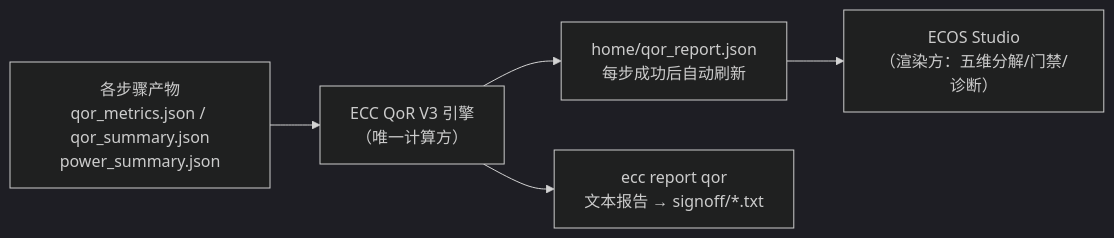
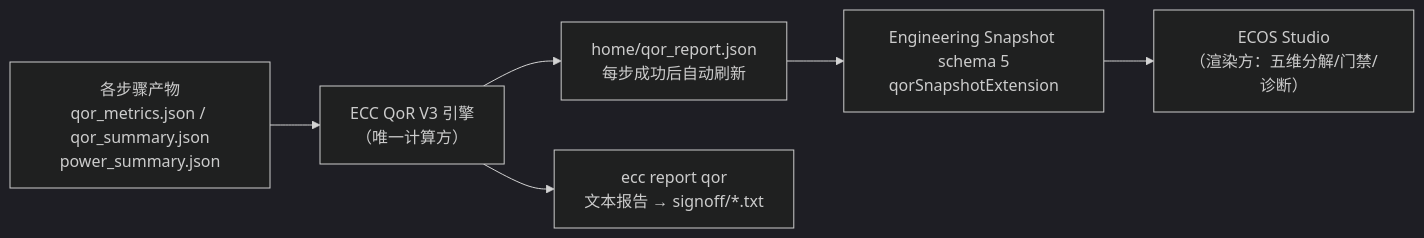
Before and after one commit to openecos-projects/ecc: the diagram in chipcompiler/docs/ecc-qor-ref.cn.md, drawn with Mermaid (dark theme). The commit also changed other lines of this file and 21 other files, not shown here.

Commit message:
refactor(snapshot): project bounded QOR data

````diff
--- a/chipcompiler/docs/ecc-qor-ref.cn.md
+++ b/chipcompiler/docs/ecc-qor-ref.cn.md
@@ -11,7 +14,8 @@
 ```mermaid
 graph LR
     A["各步骤产物<br/>qor_metrics.json / qor_summary.json<br/>power_summary.json"] --> B["ECC QoR V3 引擎<br/>（唯一计算方）"]
     B --> C["home/qor_report.json<br/>每步成功后自动刷新"]
-    C --> D["ECOS Studio<br/>（渲染方：五维分解/门禁/诊断）"]
+    C --> S["Engineering Snapshot schema 5<br/>qorSnapshotExtension"]
+    S --> D["ECOS Studio<br/>（渲染方：五维分解/门禁/诊断）"]
     B --> E["ecc report qor<br/>文本报告 → signoff/*.txt"]
 ```
````
